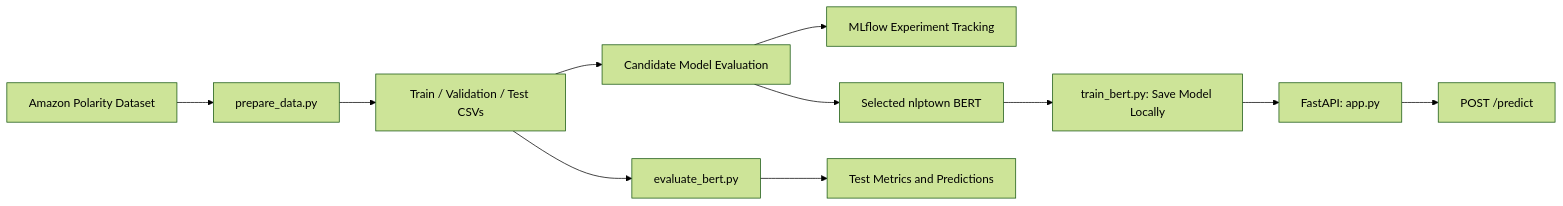
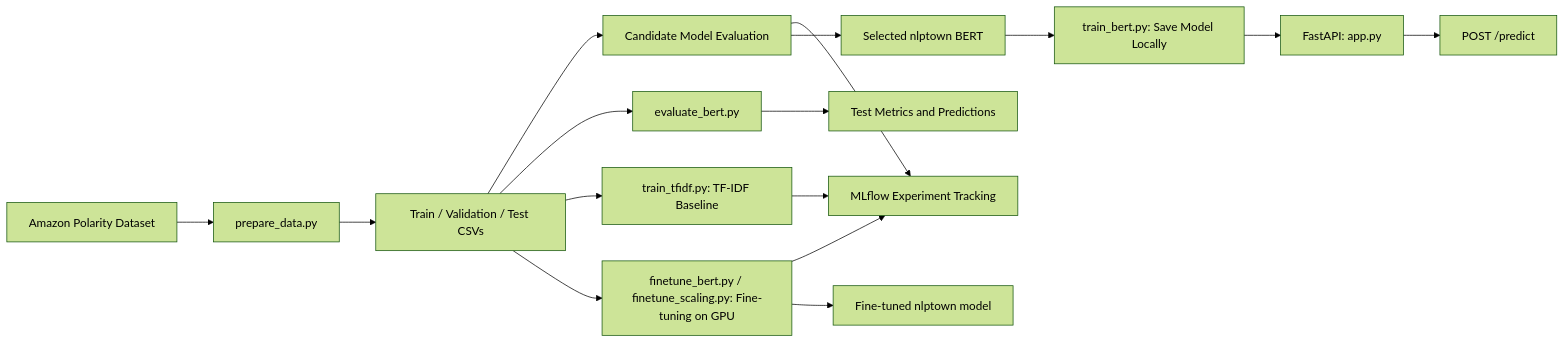
The diagram in README.md (Kashish598/ReviewPulse), drawn with Mermaid (forest theme) before and after one commit. The commit also changed other lines of this file and 11 other files, not shown here.

Commit message:
Add fine-tuning scaling study, MLflow merge script, notebook, TF-IDF test predictions and docs

````diff
--- a/README.md
+++ b/README.md
@@ -9,13 +9,18 @@
 ```mermaid
 flowchart LR
     A[Amazon Polarity Dataset] --> B[prepare_data.py]
     B --> C[Train / Validation / Test CSVs]
     C --> D[Candidate Model Evaluation]
     D --> E[MLflow Experiment Tracking]
     D --> F[Selected nlptown BERT]
     F --> G[train_bert.py: Save Model Locally]
     G --> H[FastAPI: app.py]
     C --> I[evaluate_bert.py]
     H --> J[POST /predict]
     I --> K[Test Metrics and Predictions]
+    C --> L[train_tfidf.py: TF-IDF Baseline]
+    C --> M[finetune_bert.py / finetune_scaling.py: Fine-tuning on GPU]
+    L --> E
+    M --> E
+    M --> N[Fine-tuned nlptown model]
 ```
````
